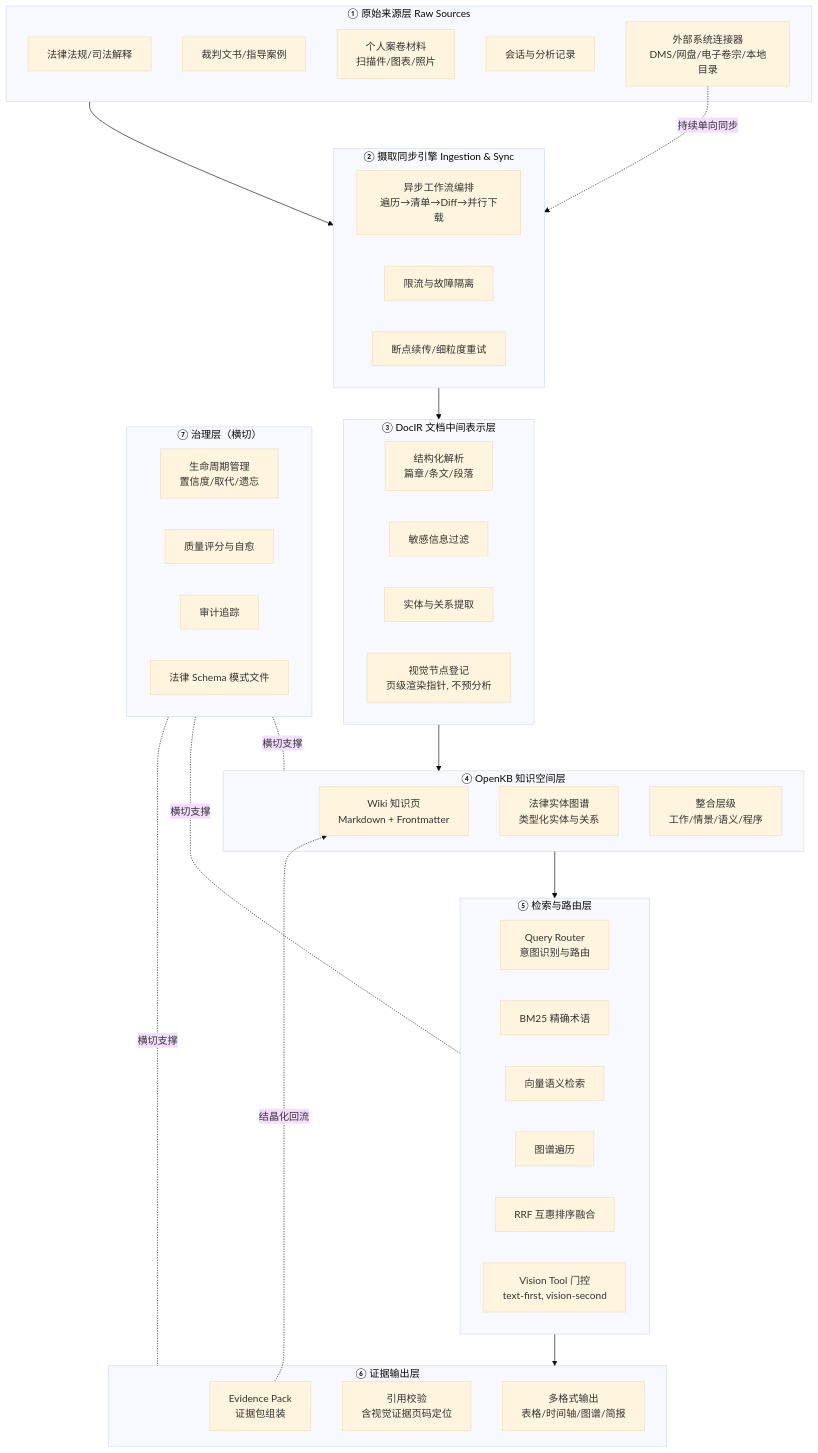
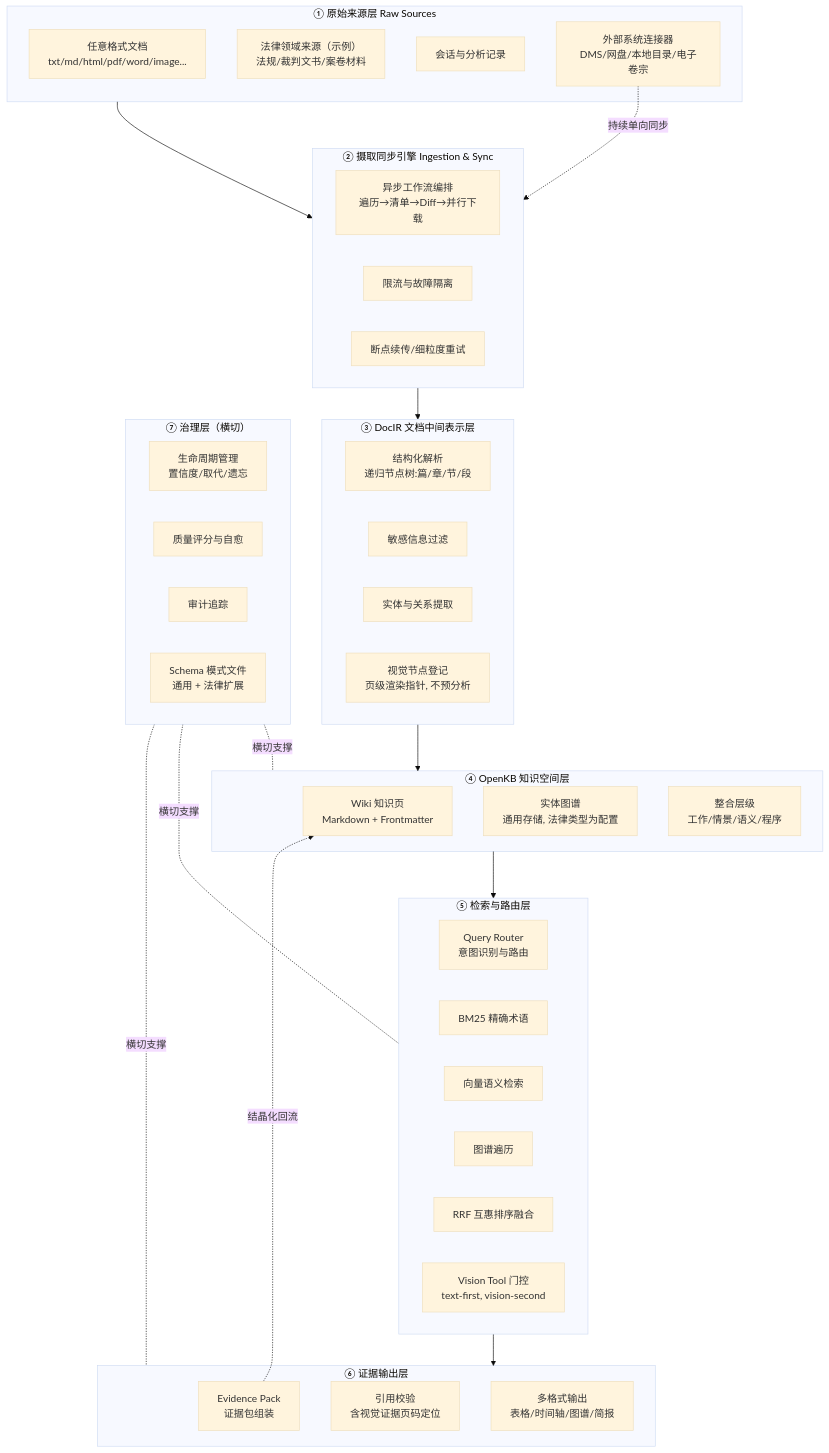
One commit to syzykf02/OpenKB changed the first of 7 diagrams in spec/法宝法律智能知识库技术方案.md. Above: the diagram before and after it, drawn with Mermaid (base theme). The commit also changed other lines of this file and 1 other file, not shown here.

````diff
--- a/spec/法宝法律智能知识库技术方案.md
+++ b/spec/法宝法律智能知识库技术方案.md
@@ -53,59 +53,58 @@
 ```mermaid
 flowchart TB
     subgraph L0["① 原始来源层 Raw Sources"]
-        A1[法律法规/司法解释]
-        A2[裁判文书/指导案例]
-        A3[个人案卷材料<br/>扫描件/图表/照片]
-        A4[会话与分析记录]
-        A0[外部系统连接器<br/>DMS/网盘/电子卷宗/本地目录]
+        A1[任意格式文档<br/>txt/md/html/pdf/word/image...]
+        A2[法律领域来源（示例）<br/>法规/裁判文书/案卷材料]
+        A3[会话与分析记录]
+        A0[外部系统连接器<br/>DMS/网盘/本地目录/电子卷宗]
     end
 
     subgraph LI["② 摄取同步引擎 Ingestion & Sync"]
         I1[异步工作流编排<br/>遍历→清单→Diff→并行下载]
         I2[限流与故障隔离]
         I3[断点续传/细粒度重试]
     end
 
     subgraph L1["③ DocIR 文档中间表示层"]
-        B1[结构化解析<br/>篇章/条文/段落]
+        B1[结构化解析<br/>递归节点树:篇/章/节/段]
         B2[敏感信息过滤]
         B3[实体与关系提取]
         B4[视觉节点登记<br/>页级渲染指针, 不预分析]
     end
 
     subgraph L2["④ OpenKB 知识空间层"]
         C1[Wiki 知识页<br/>Markdown + Frontmatter]
-        C2[法律实体图谱<br/>类型化实体与关系]
+        C2[实体图谱<br/>通用存储, 法律类型为配置]
         C3[整合层级<br/>工作/情景/语义/程序]
     end
 
     subgraph L3["⑤ 检索与路由层"]
         D1[Query Router<br/>意图识别与路由]
         D2[BM25 精确术语]
         D3[向量语义检索]
         D4[图谱遍历]
         D5[RRF 互惠排序融合]
         D6[Vision Tool 门控<br/>text-first, vision-second]
     end
 
     subgraph L4["⑥ 证据输出层"]
         E1[Evidence Pack<br/>证据包组装]
         E2[引用校验<br/>含视觉证据页码定位]
         E3[多格式输出<br/>表格/时间轴/图谱/简报]
     end
 
     subgraph L5["⑦ 治理层（横切）"]
         F1[生命周期管理<br/>置信度/取代/遗忘]
         F2[质量评分与自愈]
         F3[审计追踪]
-        F4[法律 Schema 模式文件]
+        F4[Schema 模式文件<br/>通用 + 法律扩展]
     end
 
     L0 --> LI --> L1 --> L2
     L2 --> L3 --> L4
     A0 -.持续单向同步.-> LI
     L5 -.横切支撑.- L2
     L5 -.横切支撑.- L3
     L5 -.横切支撑.- L4
     E1 -.结晶化回流.-> C1
 ```
````
